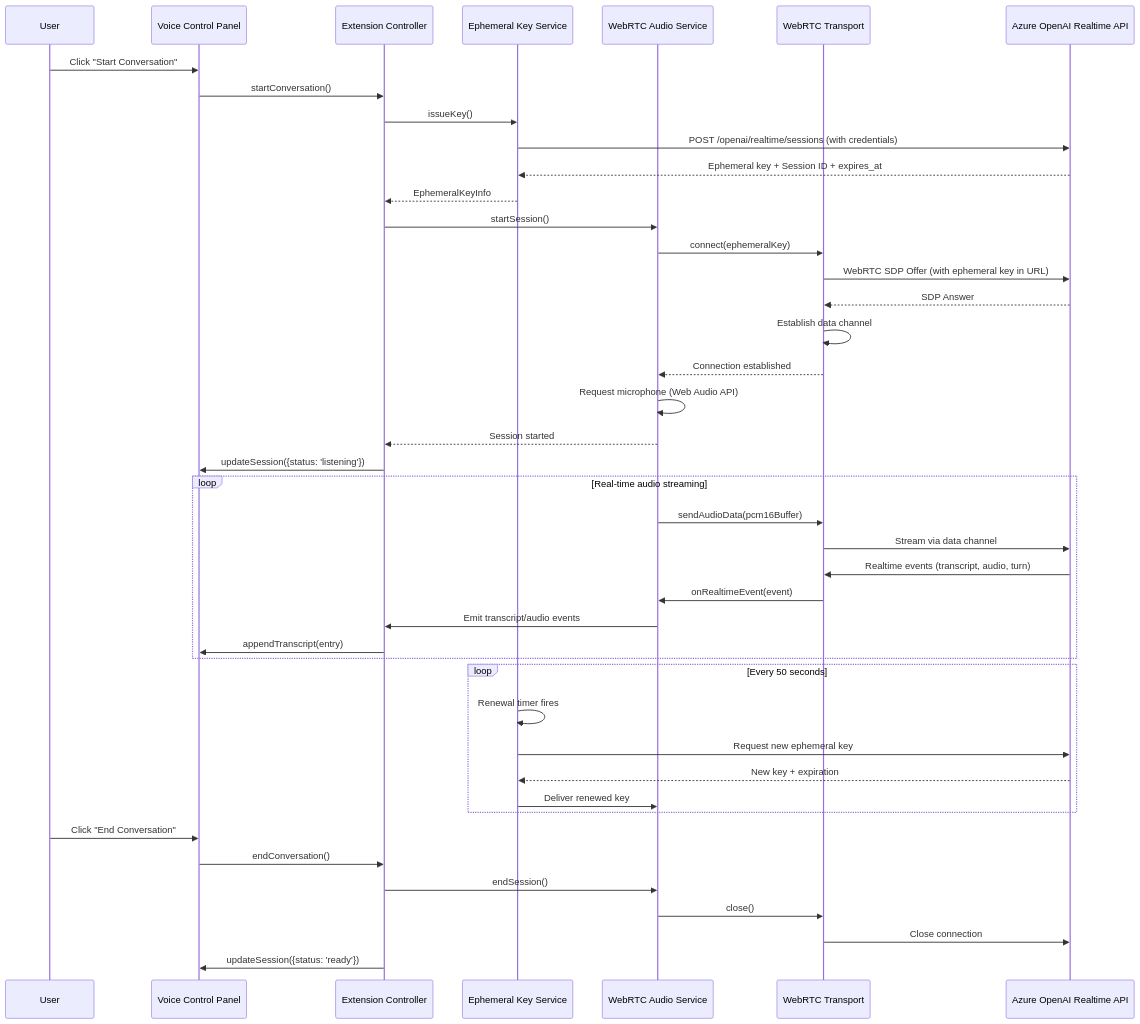
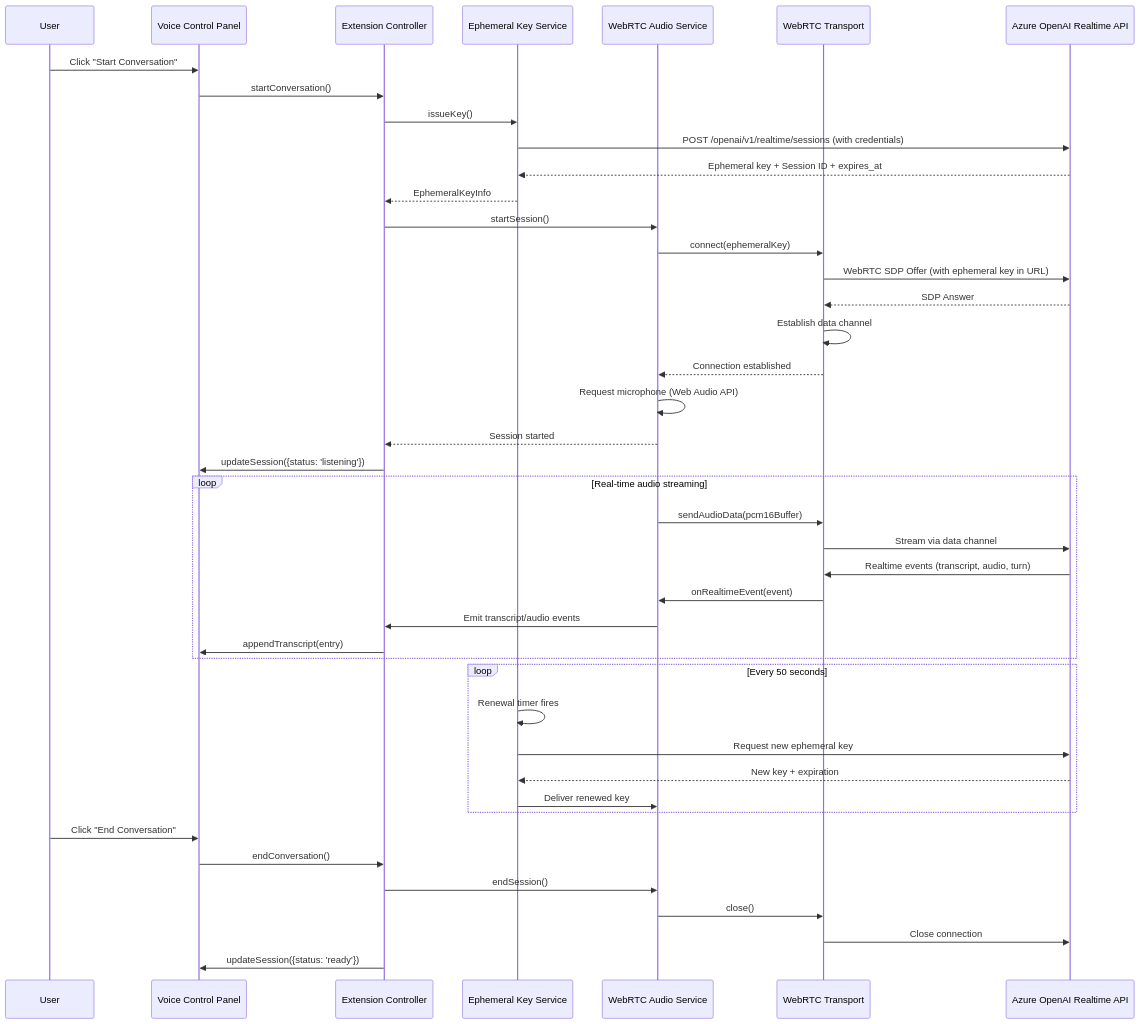
The second of 6 diagrams in docs/design/COMPONENTS.md (DHCross/Terminus), drawn with Mermaid before and after one commit. The commit also changed other lines of this file and 26 other files, not shown here.

````diff
--- a/docs/design/COMPONENTS.md
+++ b/docs/design/COMPONENTS.md
@@ -544,51 +544,51 @@
 ```mermaid
 sequenceDiagram
     participant User
     participant UI as Voice Control Panel
     participant Controller as Extension Controller
     participant KeyService as Ephemeral Key Service
     participant WebRTCService as WebRTC Audio Service
     participant Transport as WebRTC Transport
     participant Azure as Azure OpenAI Realtime API
 
     User->>UI: Click "Start Conversation"
     UI->>Controller: startConversation()
     Controller->>KeyService: issueKey()
-    KeyService->>Azure: POST /openai/realtime/sessions (with credentials)
+    KeyService->>Azure: POST /openai/v1/realtime/sessions (with credentials)
     Azure-->>KeyService: Ephemeral key + Session ID + expires_at
     KeyService-->>Controller: EphemeralKeyInfo
 
     Controller->>WebRTCService: startSession()
     WebRTCService->>Transport: connect(ephemeralKey)
     Transport->>Azure: WebRTC SDP Offer (with ephemeral key in URL)
     Azure-->>Transport: SDP Answer
     Transport->>Transport: Establish data channel
     Transport-->>WebRTCService: Connection established
 
     WebRTCService->>WebRTCService: Request microphone (Web Audio API)
     WebRTCService-->>Controller: Session started
     Controller->>UI: updateSession({status: 'listening'})
 
     loop Real-time audio streaming
         WebRTCService->>Transport: sendAudioData(pcm16Buffer)
         Transport->>Azure: Stream via data channel
         Azure->>Transport: Realtime events (transcript, audio, turn)
         Transport->>WebRTCService: onRealtimeEvent(event)
         WebRTCService->>Controller: Emit transcript/audio events
         Controller->>UI: appendTranscript(entry)
     end
 
     loop Every 50 seconds
         KeyService->>KeyService: Renewal timer fires
         KeyService->>Azure: Request new ephemeral key
         Azure-->>KeyService: New key + expiration
         KeyService->>WebRTCService: Deliver renewed key
     end
 
     User->>UI: Click "End Conversation"
     UI->>Controller: endConversation()
     Controller->>WebRTCService: endSession()
     WebRTCService->>Transport: close()
     Transport->>Azure: Close connection
     Controller->>UI: updateSession({status: 'ready'})
 ```
````
